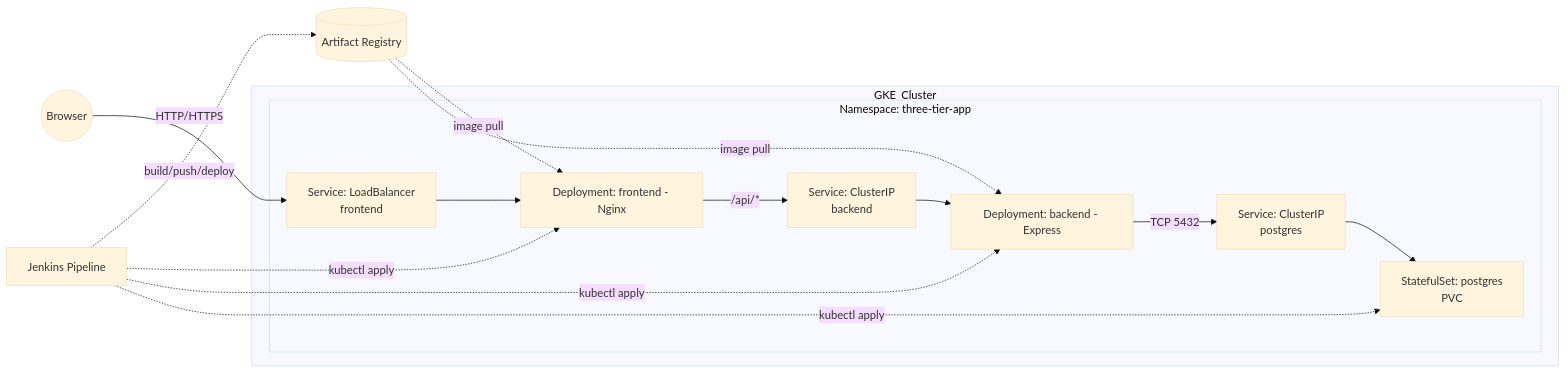
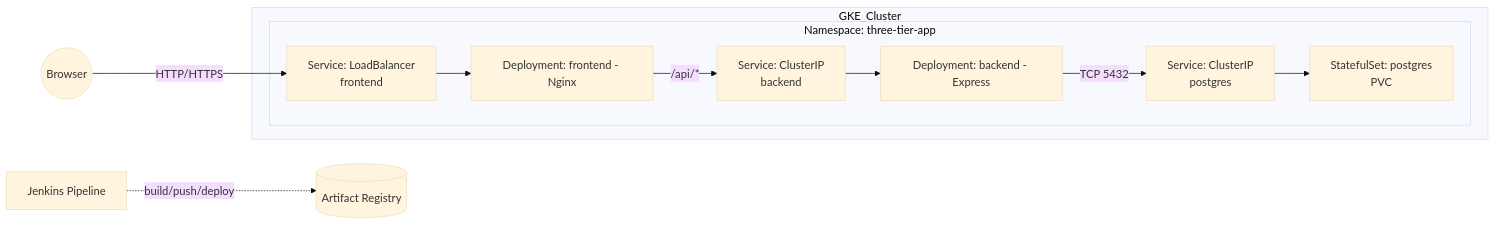
One commit to Vidon212/Three-tier-application-on-gke changed the diagram in README.md. Above: the diagram before and after it, drawn with Mermaid (base theme).

Commit message:
Make it look neat

````diff
--- a/README.md
+++ b/README.md
@@ -5,25 +5,20 @@
 ```mermaid
 flowchart LR
   Browser((Browser))
   AR[(Artifact Registry)]
   Jenkins[Jenkins Pipeline]
 
   Browser -->|HTTP/HTTPS| FrontLB[Service: LoadBalancer<br/>frontend]
 
   subgraph GKE_Cluster
     subgraph three_tier_app["Namespace: three-tier-app"]
       FrontLB --> FE[Deployment: frontend - Nginx]
       FE -->|/api/*| BEsvc[Service: ClusterIP<br/>backend]
       BEsvc --> BE[Deployment: backend - Express]
       BE -->|TCP 5432| PGsvc[Service: ClusterIP<br/>postgres]
       PGsvc --> PG[StatefulSet: postgres<br/>PVC]
     end
   end
 
   Jenkins -.->|build/push/deploy| AR
-  AR -.->|image pull| FE
-  AR -.->|image pull| BE
-  Jenkins -.->|kubectl apply| FE
-  Jenkins -.->|kubectl apply| BE
-  Jenkins -.->|kubectl apply| PG
 ```
````
